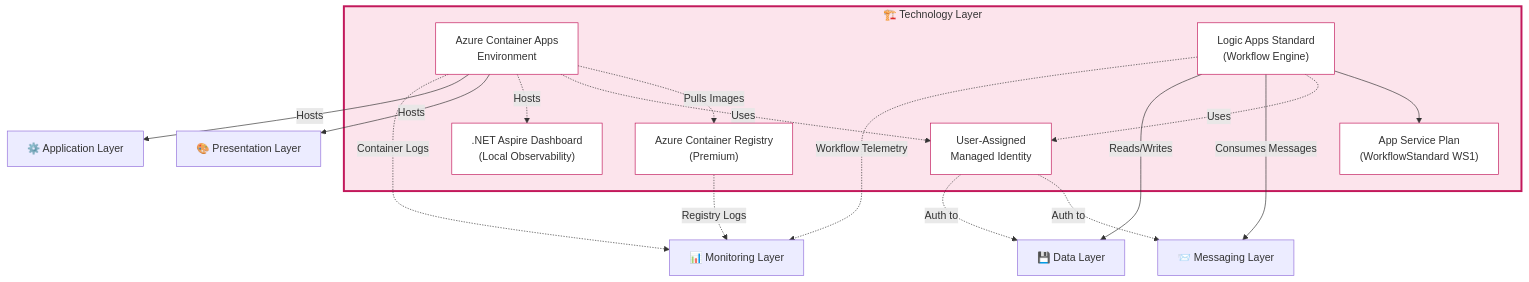
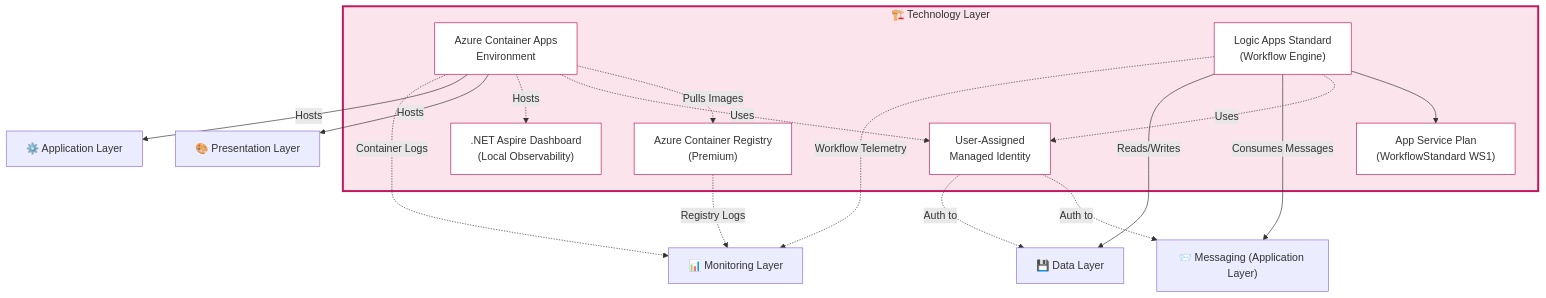
The fifth of 6 diagrams in README.md (Evilazaro/Azure-LogicApps-Monitoring), drawn with Mermaid before and after one commit. The commit also changed other lines of this file, not shown here.

````diff
--- a/README.md
+++ b/README.md
@@ -329,45 +326,45 @@
 ```mermaid
 graph TD
     subgraph TechnologyLayer["🏗️ Technology Layer"]
         ContainerApps["Azure Container Apps<br/>Environment"]
         ACR["Azure Container Registry<br/>(Premium)"]
         LogicApps["Logic Apps Standard<br/>(Workflow Engine)"]
         AppServicePlan["App Service Plan<br/>(WorkflowStandard WS1)"]
         ManagedIdentity["User-Assigned<br/>Managed Identity"]
         AspireDashboard[".NET Aspire Dashboard<br/>(Local Observability)"]
     end
 
     %% Internal connections
     ContainerApps -.->|"Pulls Images"| ACR
     LogicApps --> AppServicePlan
     LogicApps -.->|"Uses"| ManagedIdentity
     ContainerApps -.->|"Uses"| ManagedIdentity
     ContainerApps -.->|"Hosts"| AspireDashboard
 
     %% Interactions with Presentation Layer
     ContainerApps -->|"Hosts"| PresentationLayer["🎨 Presentation Layer"]
 
     %% Interactions with Application Layer
     ContainerApps -->|"Hosts"| ApplicationLayer["⚙️ Application Layer"]
 
-    %% Interactions with Messaging Layer
-    LogicApps -->|"Consumes Messages"| MessagingLayer["📨 Messaging Layer"]
-    ManagedIdentity -.->|"Auth to"| MessagingLayer
+    %% Interactions with Application Layer Messaging
+    LogicApps -->|"Consumes Messages"| Messaging["📨 Messaging (Application Layer)"]
+    ManagedIdentity -.->|"Auth to"| Messaging
 
     %% Interactions with Data Layer
     LogicApps -->|"Reads/Writes"| DataLayer["💾 Data Layer"]
     ManagedIdentity -.->|"Auth to"| DataLayer
 
     %% Interactions with Monitoring Layer
     ContainerApps -.->|"Container Logs"| MonitoringLayer["📊 Monitoring Layer"]
     LogicApps -.->|"Workflow Telemetry"| MonitoringLayer
     ACR -.->|"Registry Logs"| MonitoringLayer
 
     style TechnologyLayer fill:#fce4ec,stroke:#c2185b,stroke-width:3px
     style ContainerApps fill:#ffffff,stroke:#c2185b
     style ACR fill:#ffffff,stroke:#c2185b
     style LogicApps fill:#ffffff,stroke:#c2185b
     style AppServicePlan fill:#ffffff,stroke:#c2185b
     style ManagedIdentity fill:#ffffff,stroke:#c2185b
     style AspireDashboard fill:#ffffff,stroke:#c2185b
 ```
````
